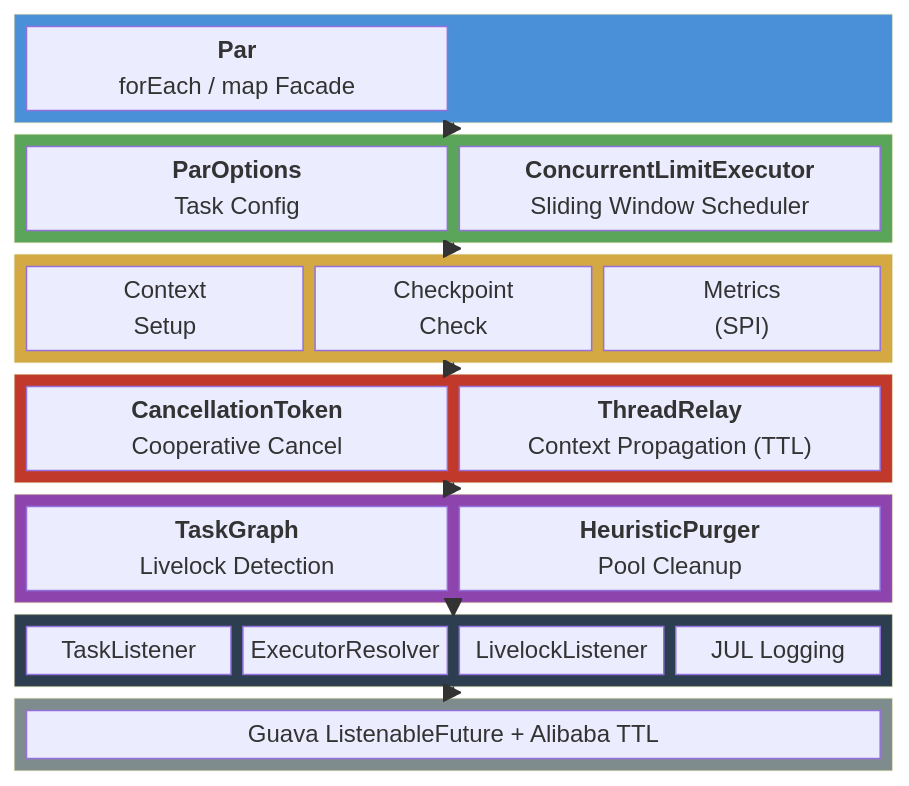
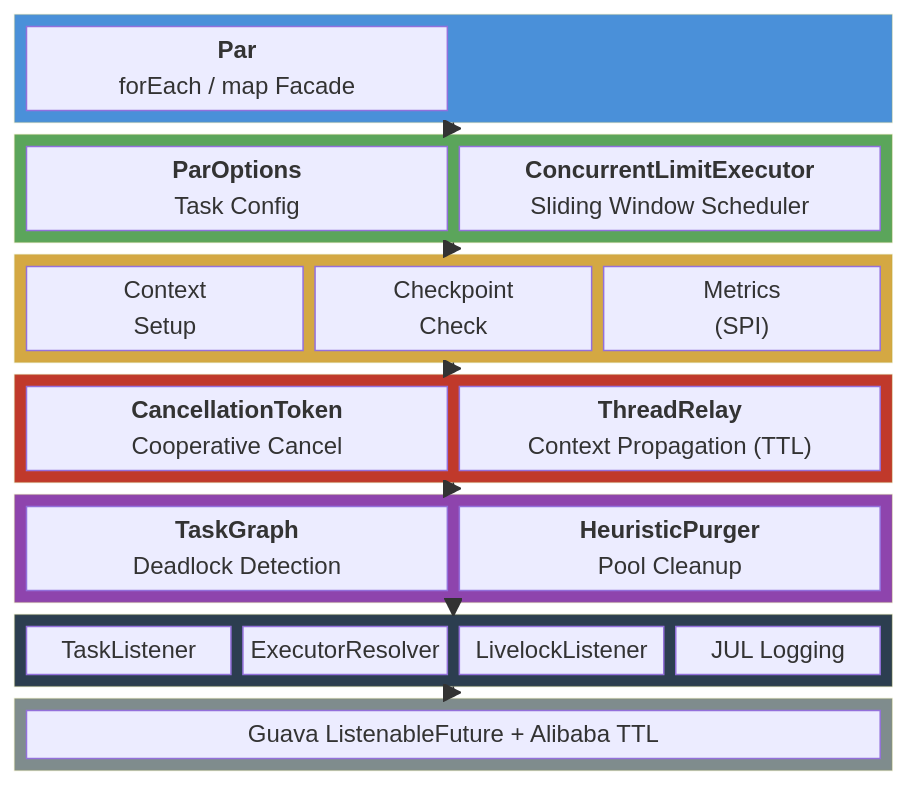
The diagram in README.md (monadrome/parallel-in-scope), drawn with Mermaid before and after one commit. The commit also changed other lines of this file, not shown here.

````diff
--- a/README.md
+++ b/README.md
@@ -163,63 +200,63 @@
 ```mermaid
 block-beta
     columns 2
 
     block:par:2
         columns 2
         A["<b>Par</b><br/>forEach / map Facade"]
         space
     end
 
     block:config:2
         columns 2
         B["<b>ParOptions</b><br/>Task Config"]
         C["<b>ConcurrentLimitExecutor</b><br/>Sliding Window Scheduler"]
     end
 
     block:scoped:2
         columns 3
         D["Context<br/>Setup"]
         E["Checkpoint<br/>Check"]
         F["Metrics<br/>(SPI)"]
     end
 
     block:core:2
         columns 2
         G["<b>CancellationToken</b><br/>Cooperative Cancel"]
         H["<b>ThreadRelay</b><br/>Context Propagation (TTL)"]
     end
 
     block:detect:2
         columns 2
-        I["<b>TaskGraph</b><br/>Livelock Detection"]
+        I["<b>TaskGraph</b><br/>Deadlock Detection"]
         J["<b>HeuristicPurger</b><br/>Pool Cleanup"]
     end
 
     block:spi:2
         columns 4
         K["TaskListener"]
         L["ExecutorResolver"]
         M["LivelockListener"]
         N["JUL Logging"]
     end
 
     block:deps:2
         columns 1
         O["Guava ListenableFuture + Alibaba TTL"]
     end
 
     par --> config
     config --> scoped
     scoped --> core
     core --> detect
     detect --> spi
     spi --> deps
 
     style par fill:#4a90d9,color:#fff
     style config fill:#5ba55b,color:#fff
     style scoped fill:#d4a843,color:#fff
     style core fill:#c0392b,color:#fff
     style detect fill:#8e44ad,color:#fff
     style spi fill:#2c3e50,color:#fff
     style deps fill:#7f8c8d,color:#fff
 ```
````
